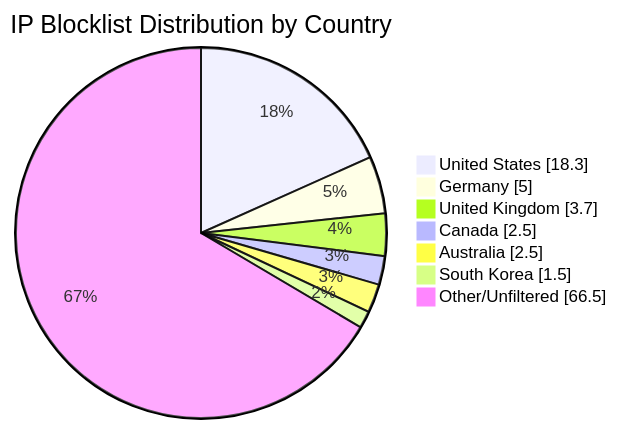
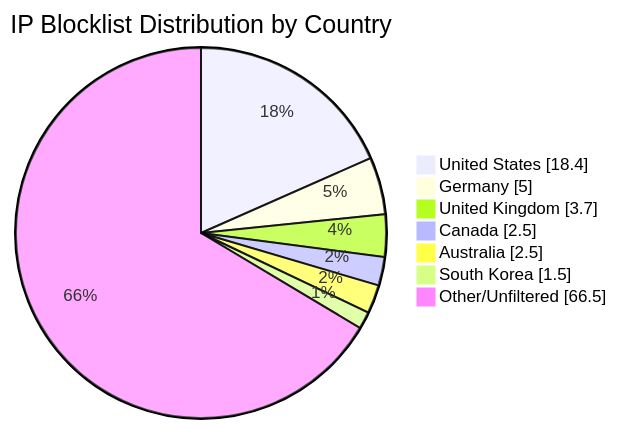
The diagram in README.md (MarcusHoltz/ipblocklist-geofiltered-aggregator), drawn with Mermaid before and after one commit. The commit also changed other lines of this file and 9 other files, not shown here.

````diff
--- a/README.md
+++ b/README.md
@@ -34,10 +34,10 @@
 ```mermaid
 pie showData title IP Blocklist Distribution by Country
-"United States" : 18.3
+"United States" : 18.4
 "Germany" : 5.0
 "United Kingdom" : 3.7
 "Canada" : 2.5
 "Australia" : 2.5
 "South Korea" : 1.5
 "Other/Unfiltered" : 66.5
 ```
````
